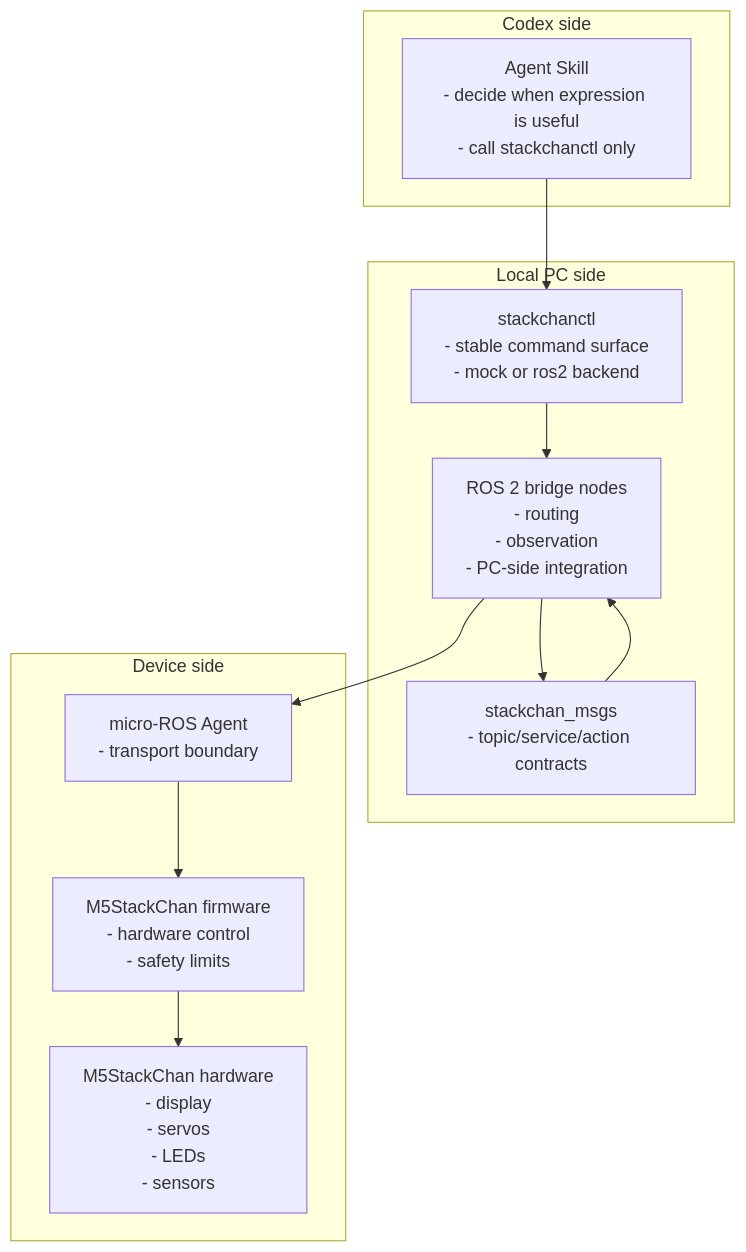
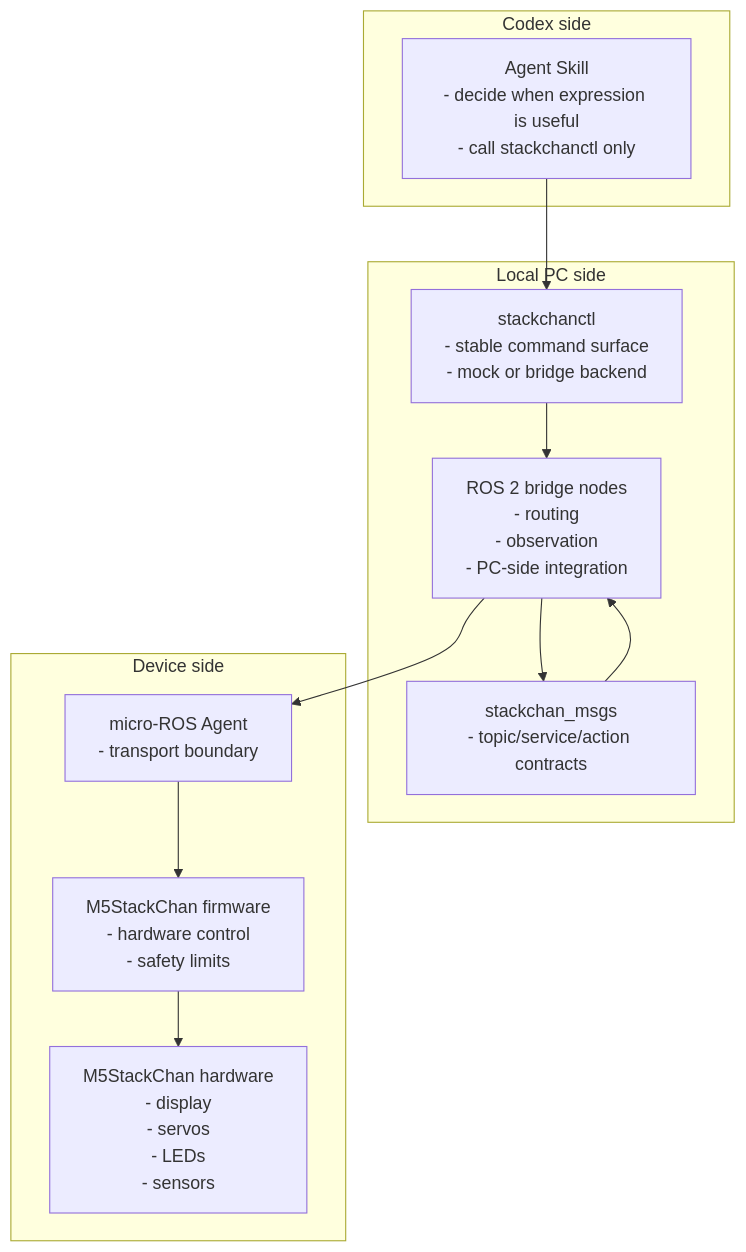
Before and after one commit to koizumikento/codex-stackchan-bridge: the second of 2 diagrams in docs/architecture.md, drawn with Mermaid. The commit also changed other lines of this file and 10 other files, not shown here.

````diff
--- a/docs/architecture.md
+++ b/docs/architecture.md
@@ -75,26 +82,26 @@
 ```mermaid
 flowchart TB
     subgraph CodexLayer["Codex side"]
         Skill["Agent Skill\n- decide when expression is useful\n- call stackchanctl only"]
     end
 
     subgraph LocalLayer["Local PC side"]
-        CLI["stackchanctl\n- stable command surface\n- mock or ros2 backend"]
+        CLI["stackchanctl\n- stable command surface\n- mock or bridge backend"]
         Bridge["ROS 2 bridge nodes\n- routing\n- observation\n- PC-side integration"]
         Msgs["stackchan_msgs\n- topic/service/action contracts"]
     end
 
     subgraph DeviceLayer["Device side"]
         Agent["micro-ROS Agent\n- transport boundary"]
         Firmware["M5StackChan firmware\n- hardware control\n- safety limits"]
         Hardware["M5StackChan hardware\n- display\n- servos\n- LEDs\n- sensors"]
     end
 
     Skill --> CLI
     CLI --> Bridge
     Bridge --> Msgs
     Msgs --> Bridge
     Bridge --> Agent
     Agent --> Firmware
     Firmware --> Hardware
 ```
````
